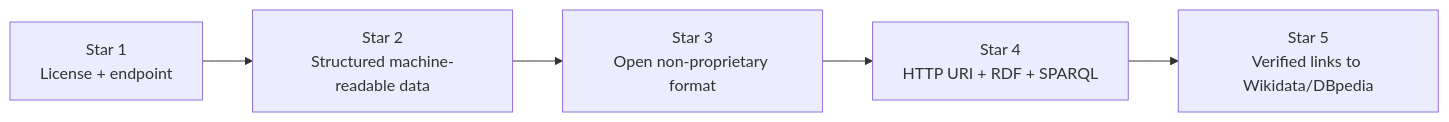
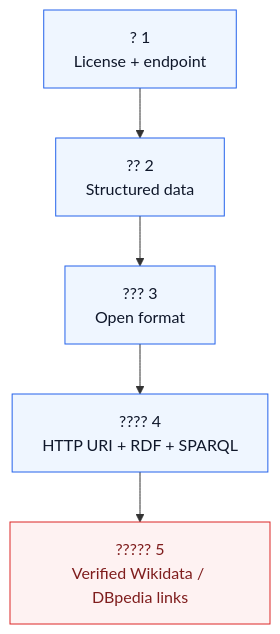
The ninth of 9 diagrams in PROJECT_SPEC.md (sutobode/Semanticweb), drawn with Mermaid before and after one commit. The commit also changed other lines of this file, not shown here.

````diff
--- a/PROJECT_SPEC.md
+++ b/PROJECT_SPEC.md
@@ -2133,7 +2427,18 @@
 ```mermaid
-flowchart LR
-    S1[Star 1\nLicense + endpoint] --> S2[Star 2\nStructured machine-readable data]
-    S2 --> S3[Star 3\nOpen non-proprietary format]
-    S3 --> S4[Star 4\nHTTP URI + RDF + SPARQL]
-    S4 --> S5[Star 5\nVerified links to Wikidata/DBpedia]
+flowchart TD
+    classDef star fill:#EFF6FF,stroke:#2563EB,color:#0F172A
+    classDef link fill:#FEF2F2,stroke:#DC2626,color:#7F1D1D
+
+    S1["? 1
+License + endpoint"] --> S2["?? 2
+Structured data"]
+    S2 --> S3["??? 3
+Open format"]
+    S3 --> S4["???? 4
+HTTP URI + RDF + SPARQL"]
+    S4 --> S5["????? 5
+Verified Wikidata / DBpedia links"]
+
+    class S1,S2,S3,S4 star
+    class S5 link
 ```
````
